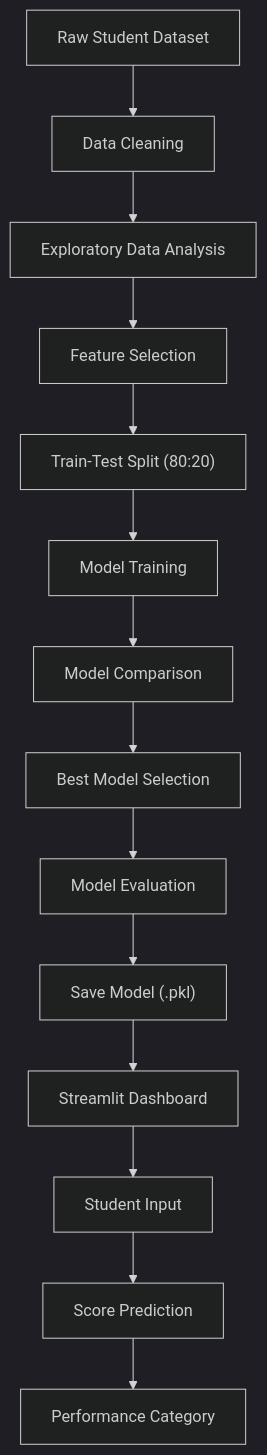
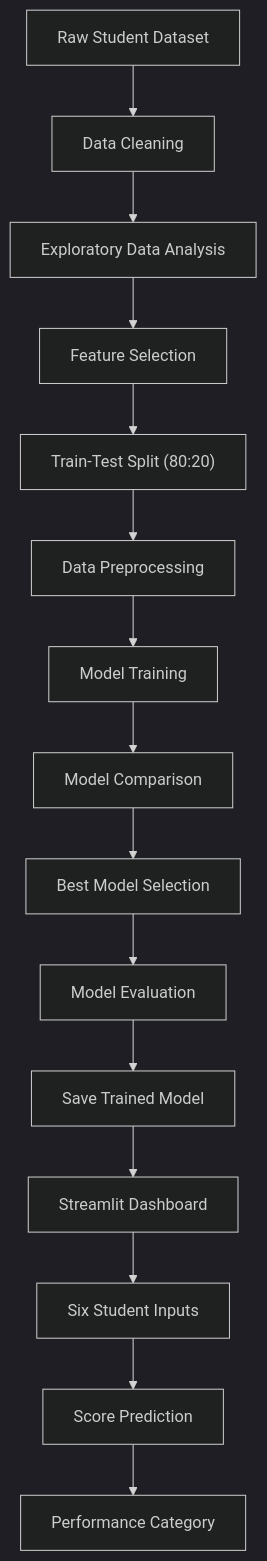
One commit to armankumar12-git/Student-Academic-Performance-Prediction changed the diagram in README.md. Above: the diagram before and after it, drawn with Mermaid (dark theme). The commit also changed other lines of this file and 6 other files, not shown here.

````diff
--- a/README.md
+++ b/README.md
@@ -160,16 +202,17 @@
 ```mermaid
 flowchart TD
     A["Raw Student Dataset"] --> B["Data Cleaning"]
     B --> C["Exploratory Data Analysis"]
     C --> D["Feature Selection"]
     D --> E["Train-Test Split (80:20)"]
-    E --> F["Model Training"]
-    F --> G["Model Comparison"]
-    G --> H["Best Model Selection"]
-    H --> I["Model Evaluation"]
-    I --> J["Save Model (.pkl)"]
-    J --> K["Streamlit Dashboard"]
-    K --> L["Student Input"]
-    L --> M["Score Prediction"]
-    M --> N["Performance Category"]
+    E --> F["Data Preprocessing"]
+    F --> G["Model Training"]
+    G --> H["Model Comparison"]
+    H --> I["Best Model Selection"]
+    I --> J["Model Evaluation"]
+    J --> K["Save Trained Model"]
+    K --> L["Streamlit Dashboard"]
+    L --> M["Six Student Inputs"]
+    M --> N["Score Prediction"]
+    N --> O["Performance Category"]
 ```
````
